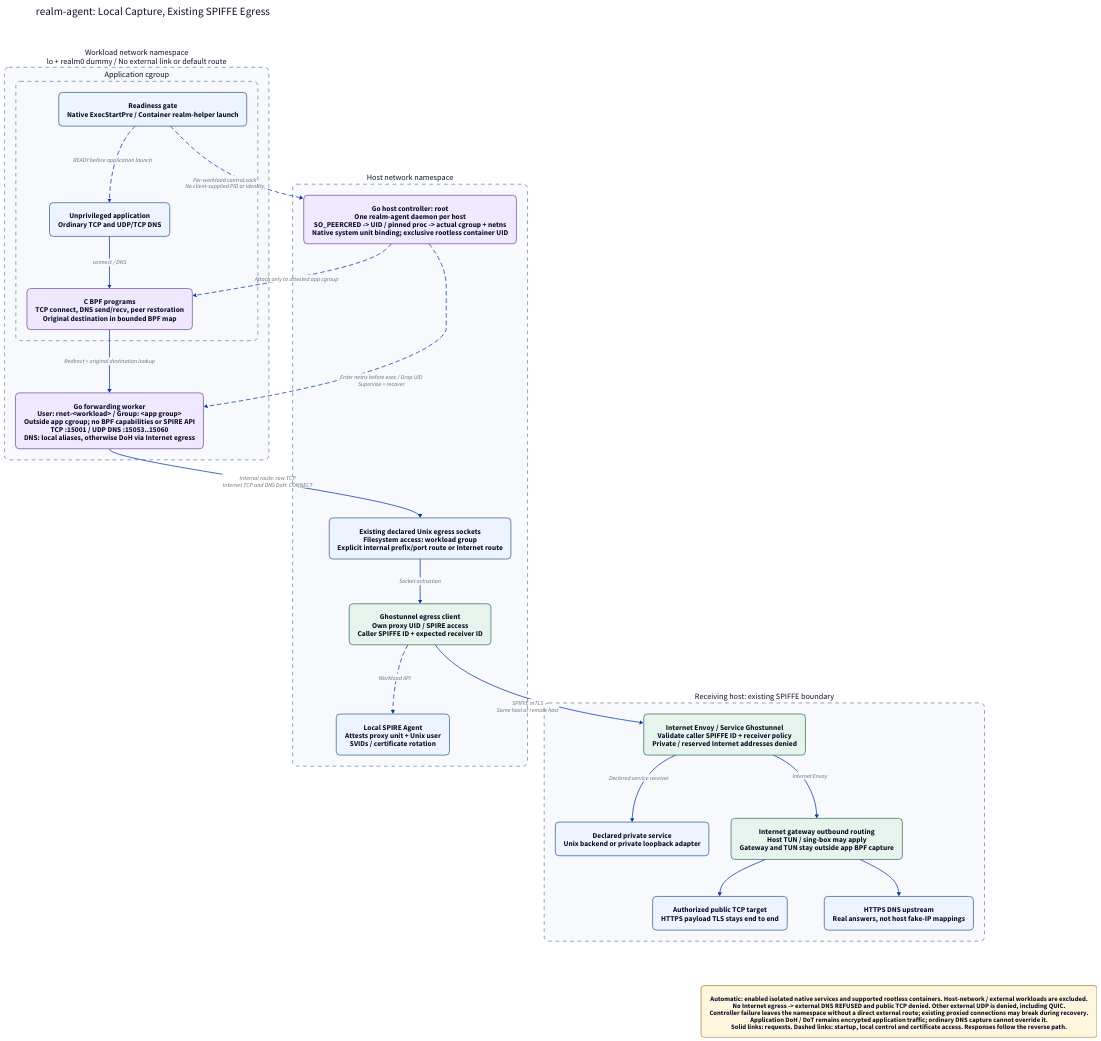
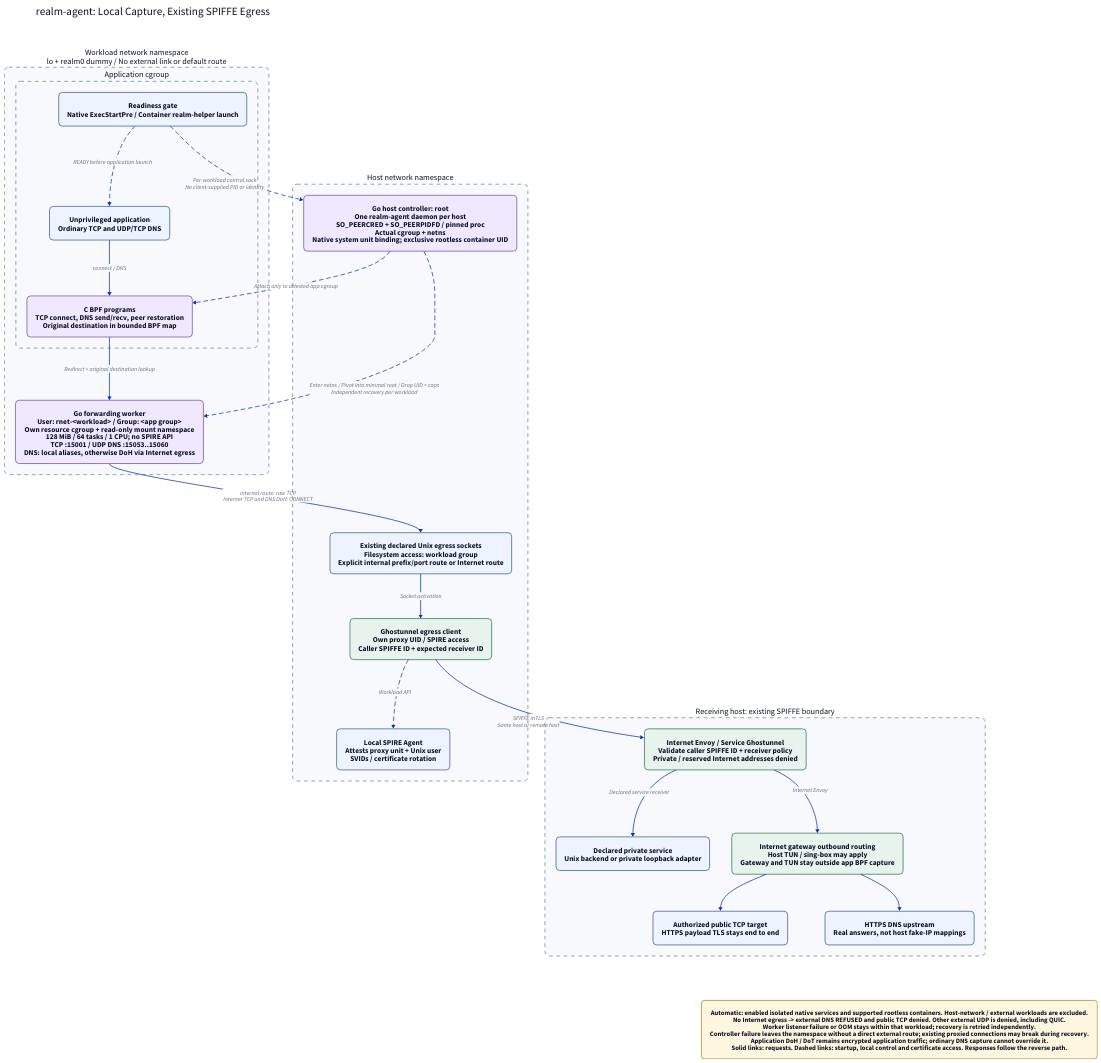
Before and after one commit to oluceps/nixos-config: the diagram in layout/transparent-egress.d2, drawn with D2. The commit also changed 25 other files, not shown here.

Commit message:
fix(realm): isolate agent workers and recovery failures

```diff
--- a/layout/transparent-egress.d2
+++ b/layout/transparent-egress.d2
@@ -1,57 +1,57 @@
 direction: down
 vars: { d2-config: { theme-id: 0 } }
 classes: {
   node: { style: { fill: "#eef4ff"; stroke: "#37628b"; border-radius: 10; font-size: 20 } }
   gateway: { style: { fill: "#e6f4ed"; stroke: "#31765b"; border-radius: 10; font-size: 20 } }
   agent: { style: { fill: "#f0e8ff"; stroke: "#7652a2"; border-radius: 10; font-size: 20 } }
   note: { style: { fill: "#fff6df"; stroke: "#aa8330"; border-radius: 8; font-size: 18 } }
   boundary: { style: { fill: "#f7f9fc"; stroke: "#71839b"; stroke-dash: 5; border-radius: 12; font-size: 22 } }
 }
 title: "realm-agent: Local Capture, Existing SPIFFE Egress" { shape: text; style.font-size: 30 }
 
 private: "Workload network namespace\nlo + realm0 dummy / No external link or default route" {
   class: boundary
   app_cgroup: "Application cgroup" {
     class: boundary
     gate: "Readiness gate\nNative ExecStartPre / Container realm-helper launch" { class: node }
     app: "Unprivileged application\nOrdinary TCP and UDP/TCP DNS" { class: node }
     hooks: "C BPF programs\nTCP connect, DNS send/recv, peer restoration\nOriginal destination in bounded BPF map" { class: agent }
     gate -> app: "READY before application launch" { style.stroke-dash: 5 }
     app -> hooks: "connect / DNS"
   }
-  worker: "Go forwarding worker\nUser: rnet-<workload> / Group: <app group>\nOutside app cgroup; no BPF capabilities or SPIRE API\nTCP :15001 / UDP DNS :15053..15060\nDNS: local aliases, otherwise DoH via Internet egress" { class: agent }
+  worker: "Go forwarding worker\nUser: rnet-<workload> / Group: <app group>\nOwn resource cgroup + read-only mount namespace\n128 MiB / 64 tasks / 1 CPU; no SPIRE API\nTCP :15001 / UDP DNS :15053..15060\nDNS: local aliases, otherwise DoH via Internet egress" { class: agent }
   app_cgroup.hooks -> worker: "Redirect + original destination lookup"
 }
 
 host: "Host network namespace" {
   class: boundary
-  controller: "Go host controller: root\nOne realm-agent daemon per host\nSO_PEERCRED -> UID / pinned proc -> actual cgroup + netns\nNative system unit binding; exclusive rootless container UID" { class: agent }
+  controller: "Go host controller: root\nOne realm-agent daemon per host\nSO_PEERCRED + SO_PEERPIDFD / pinned proc\nActual cgroup + netns\nNative system unit binding; exclusive rootless container UID" { class: agent }
   socket: "Existing declared Unix egress sockets\nFilesystem access: workload group\nExplicit internal prefix/port route or Internet route" { class: node }
   client: "Ghostunnel egress client\nOwn proxy UID / SPIRE access\nCaller SPIFFE ID + expected receiver ID" { class: gateway }
   spire: "Local SPIRE Agent\nAttests proxy unit + Unix user\nSVIDs / certificate rotation" { class: node }
   socket -> client: "Socket activation"
   client -> spire: "Workload API" { style.stroke-dash: 5 }
 }
 
 private.app_cgroup.gate -> host.controller: "Per-workload control.sock\nNo client-supplied PID or identity" { style.stroke-dash: 5 }
 host.controller -> private.app_cgroup.hooks: "Attach only to attested app cgroup" { style.stroke-dash: 5 }
-host.controller -> private.worker: "Enter netns before exec / Drop UID\nSupervise + recover" { style.stroke-dash: 5 }
+host.controller -> private.worker: "Enter netns / Pivot into minimal root / Drop UID + caps\nIndependent recovery per workload" { style.stroke-dash: 5 }
 private.worker -> host.socket: "Internal route: raw TCP\nInternet TCP and DNS DoH: CONNECT"
 
 receiver: "Receiving host: existing SPIFFE boundary" {
   class: boundary
   gateway: "Internet Envoy / Service Ghostunnel\nValidate caller SPIFFE ID + receiver policy\nPrivate / reserved Internet addresses denied" { class: gateway }
   internal: "Declared private service\nUnix backend or private loopback adapter" { class: node }
   routing: "Internet gateway outbound routing\nHost TUN / sing-box may apply\nGateway and TUN stay outside app BPF capture" { class: gateway }
   internet: "Authorized public TCP target\nHTTPS payload TLS stays end to end" { class: node }
   doh: "HTTPS DNS upstream\nReal answers, not host fake-IP mappings" { class: node }
   gateway -> internal: "Declared service receiver"
   gateway -> routing: "Internet Envoy"
   routing -> internet
   routing -> doh
 }
 host.client -> receiver.gateway: "SPIFFE mTLS\nSame host or remote host"
 
-note: "Automatic: enabled isolated native services and supported rootless containers. Host-network / external workloads are excluded.\nNo Internet egress -> external DNS REFUSED and public TCP denied. Other external UDP is denied, including QUIC.\nController failure leaves the namespace without a direct external route; existing proxied connections may break during recovery.\nApplication DoH / DoT remains encrypted application traffic; ordinary DNS capture cannot override it.\nSolid links: requests. Dashed links: startup, local control and certificate access. Responses follow the reverse path." { class: note }
+note: "Automatic: enabled isolated native services and supported rootless containers. Host-network / external workloads are excluded.\nNo Internet egress -> external DNS REFUSED and public TCP denied. Other external UDP is denied, including QUIC.\nWorker listener failure or OOM stays within that workload; recovery is retried independently.\nController failure leaves the namespace without a direct external route; existing proxied connections may break during recovery.\nApplication DoH / DoT remains encrypted application traffic; ordinary DNS capture cannot override it.\nSolid links: requests. Dashed links: startup, local control and certificate access. Responses follow the reverse path." { class: note }
 title -> private: { style.opacity: 0 }
 receiver -> note: { style.opacity: 0 }
```
